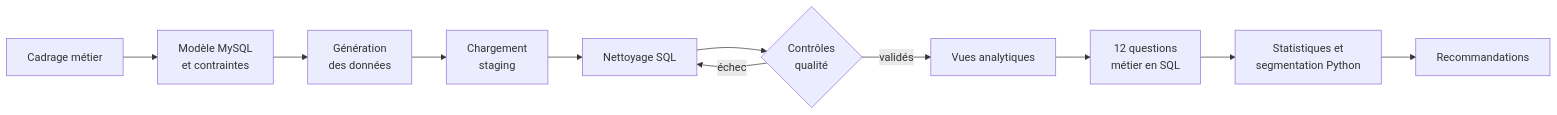
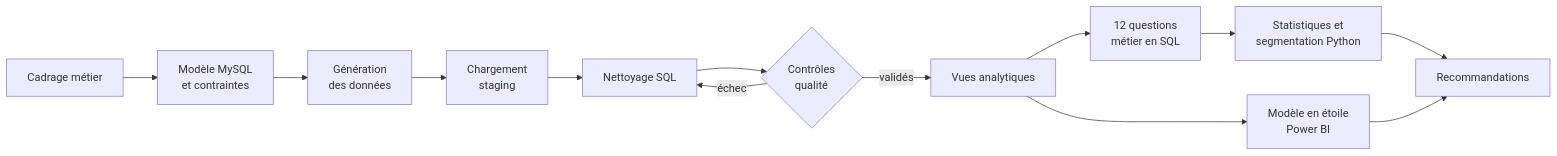
One commit to GomuGomuNo01/Simple-Banking-System-Python changed the second of 3 diagrams in README.md. Above: the diagram before and after it, drawn with Mermaid. The commit also changed other lines of this file and 7 other files, not shown here.

````diff
--- a/README.md
+++ b/README.md
@@ -106,13 +112,15 @@
 ```mermaid
 flowchart LR
     A[Cadrage métier] --> B[Modèle MySQL<br/>et contraintes]
     B --> C[Génération<br/>des données]
     C --> D[Chargement<br/>staging]
     D --> E[Nettoyage SQL]
     E --> F{Contrôles<br/>qualité}
     F -- échec --> E
     F -- validés --> G[Vues analytiques]
     G --> H[12 questions<br/>métier en SQL]
     H --> I[Statistiques et<br/>segmentation Python]
+    G --> K[Modèle en étoile<br/>Power BI]
     I --> J[Recommandations]
+    K --> J
 ```
````
